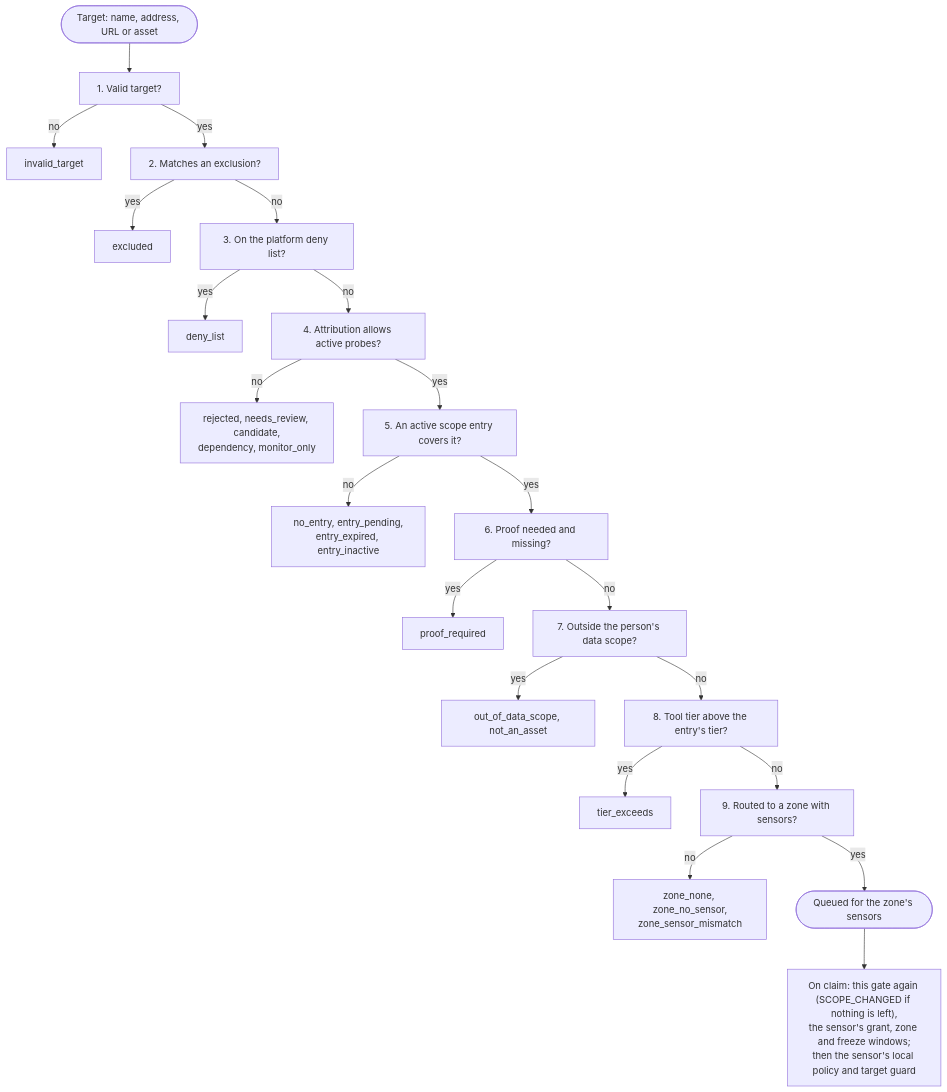
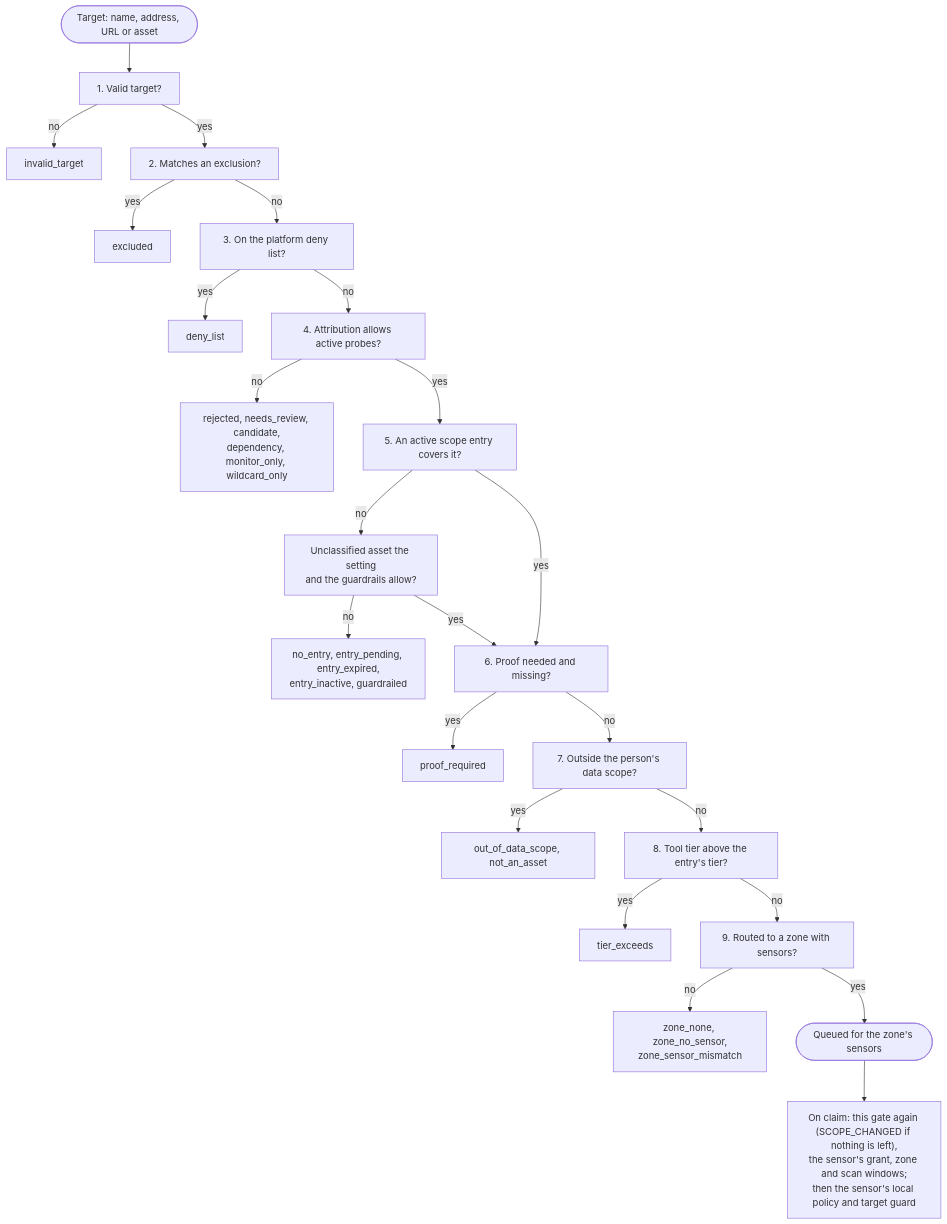
One commit to openctemio/docs changed the diagram in scanning/scope.md. Above: the diagram before and after it, drawn with Mermaid. The commit also changed other lines of this file and 5 other files, not shown here.

First line of the commit message:
docs(scope): inventory-first, unclassified assets, how scope reaches sensors

````diff
--- a/scanning/scope.md
+++ b/scanning/scope.md
@@ -202,23 +290,25 @@
 ```mermaid
 flowchart TD
     T(["Target: name, address, URL or asset"]) --> V["1. Valid target?"]
     V -- no --> R1["invalid_target"]
     V -- yes --> X["2. Matches an exclusion?"]
     X -- yes --> R2["excluded"]
     X -- no --> D["3. On the platform deny list?"]
     D -- yes --> R3["deny_list"]
     D -- no --> A["4. Attribution allows active probes?"]
-    A -- no --> R4["rejected, needs_review, candidate,<br/>dependency, monitor_only"]
+    A -- no --> R4["rejected, needs_review, candidate,<br/>dependency, monitor_only, wildcard_only"]
     A -- yes --> E["5. An active scope entry covers it?"]
-    E -- no --> R5["no_entry, entry_pending,<br/>entry_expired, entry_inactive"]
+    E -- no --> U["Unclassified asset the setting<br/>and the guardrails allow?"]
+    U -- no --> R5["no_entry, entry_pending, entry_expired,<br/>entry_inactive, guardrailed"]
+    U -- yes --> P
     E -- yes --> P["6. Proof needed and missing?"]
     P -- yes --> R6["proof_required"]
     P -- no --> DS["7. Outside the person's data scope?"]
     DS -- yes --> R7["out_of_data_scope, not_an_asset"]
     DS -- no --> TI["8. Tool tier above the entry's tier?"]
     TI -- yes --> R8["tier_exceeds"]
     TI -- no --> Z["9. Routed to a zone with sensors?"]
     Z -- no --> R9["zone_none, zone_no_sensor,<br/>zone_sensor_mismatch"]
     Z -- yes --> OK(["Queued for the zone's sensors"])
-    OK --> SG["On claim: this gate again (SCOPE_CHANGED if nothing is left),<br/>the sensor's grant, zone and freeze windows;<br/>then the sensor's local policy and target guard"]
+    OK --> SG["On claim: this gate again (SCOPE_CHANGED if nothing is left),<br/>the sensor's grant, zone and scan windows;<br/>then the sensor's local policy and target guard"]
 ```
````
